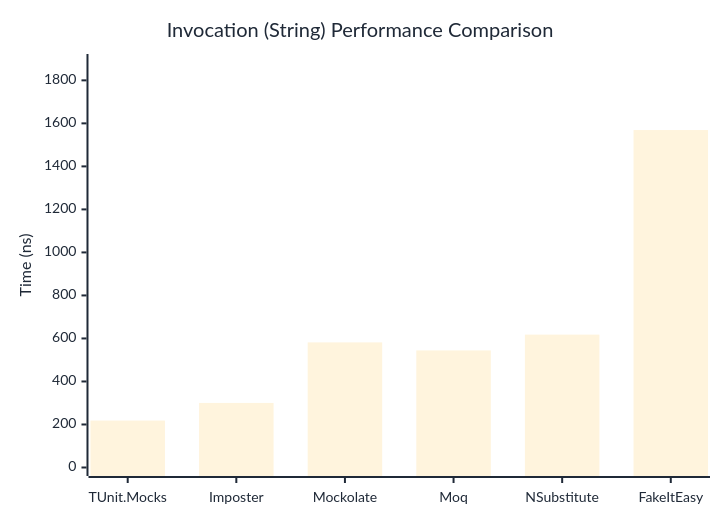
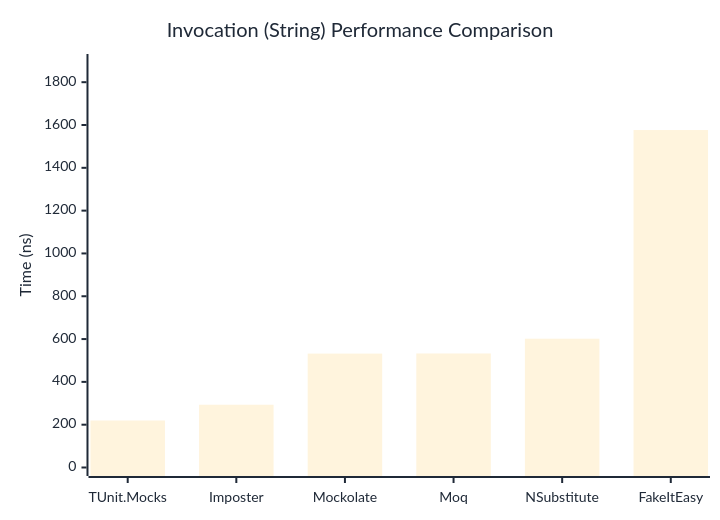
The second of 3 diagrams in docs/docs/benchmarks/mocks/Invocation.md (thomhurst/TUnit), drawn with Mermaid before and after one commit. The commit also changed other lines of this file and 14 other files, not shown here.

````diff
--- a/docs/docs/benchmarks/mocks/Invocation.md
+++ b/docs/docs/benchmarks/mocks/Invocation.md
@@ -69,27 +69,27 @@
 ```mermaid
 %%{init: {
   'theme':'base',
   'themeVariables': {
     'primaryColor': '#2563eb',
     'primaryTextColor': '#1f2937',
     'primaryBorderColor': '#1e40af',
     'lineColor': '#6b7280',
     'secondaryColor': '#7c3aed',
     'tertiaryColor': '#dc2626',
     'background': '#ffffff',
     'pie1': '#2563eb',
     'pie2': '#7c3aed',
     'pie3': '#dc2626',
     'pie4': '#f59e0b',
     'pie5': '#10b981',
     'pie6': '#06b6d4',
     'pie7': '#ec4899',
     'pie8': '#6366f1'
   }
 }}%%
 xychart-beta
   title "Invocation (String) Performance Comparison"
   x-axis ["TUnit.Mocks", "Imposter", "Mockolate", "Moq", "NSubstitute", "FakeItEasy"]
-  y-axis "Time (ns)" 0 --> 1883
-  bar [218.2, 300.2, 581.7, 544.3, 617.8, 1568.9]
+  y-axis "Time (ns)" 0 --> 1892
+  bar [219.6, 293.2, 532.1, 532.7, 601.7, 1576.5]
 ```
````
